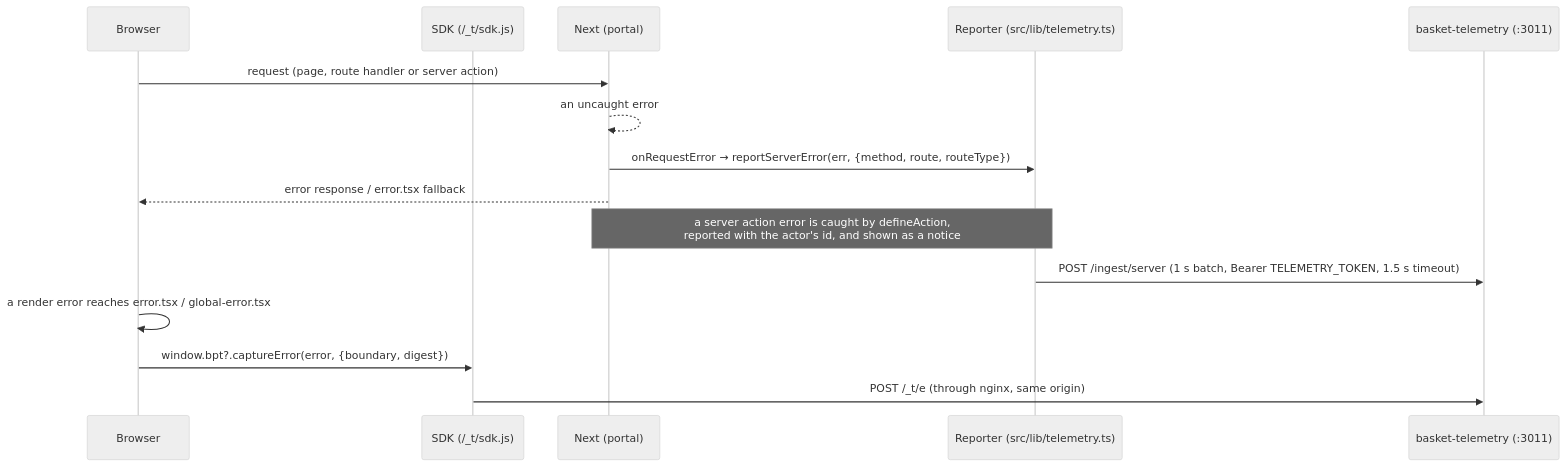
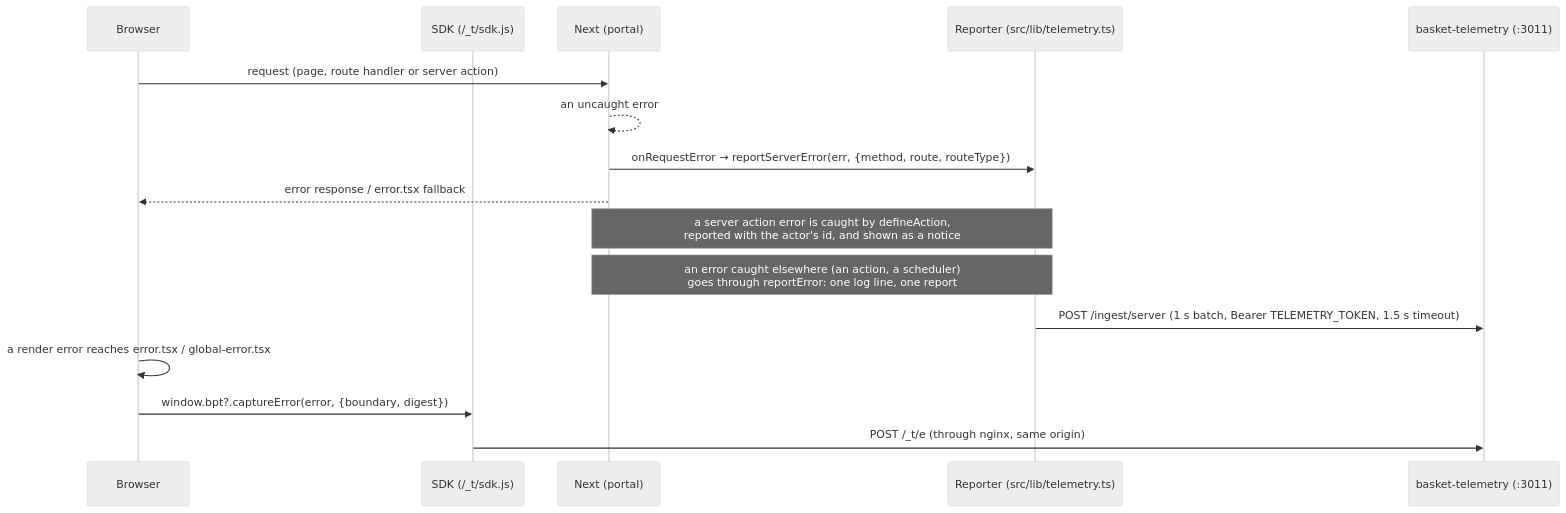
One commit to pablogranate/basket changed the second of 2 diagrams in docs/telemetry.md. Above: the diagram before and after it, drawn with Mermaid (neutral theme). The commit also changed other lines of this file and 68 other files, not shown here.

First line of the commit message:
fix(telemetry): report unexpected server errors and log them through one helper

````diff
--- a/docs/telemetry.md
+++ b/docs/telemetry.md
@@ -102,17 +145,18 @@
 ```mermaid
 sequenceDiagram
   participant B as Browser
   participant S as SDK (/_t/sdk.js)
   participant N as Next (portal)
   participant R as Reporter (src/lib/telemetry.ts)
   participant T as basket-telemetry (:3011)
   B->>N: request (page, route handler or server action)
   N-->>N: an uncaught error
   N->>R: onRequestError → reportServerError(err, {method, route, routeType})
   N-->>B: error response / error.tsx fallback
   Note over N,R: a server action error is caught by defineAction,<br/>reported with the actor's id, and shown as a notice
+  Note over N,R: an error caught elsewhere (an action, a scheduler)<br/>goes through reportError: one log line, one report
   R->>T: POST /ingest/server (1 s batch, Bearer TELEMETRY_TOKEN, 1.5 s timeout)
   B->>B: a render error reaches error.tsx / global-error.tsx
   B->>S: window.bpt?.captureError(error, {boundary, digest})
   S->>T: POST /_t/e (through nginx, same origin)
 ```
````
